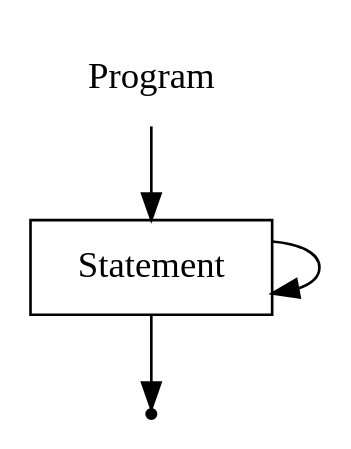
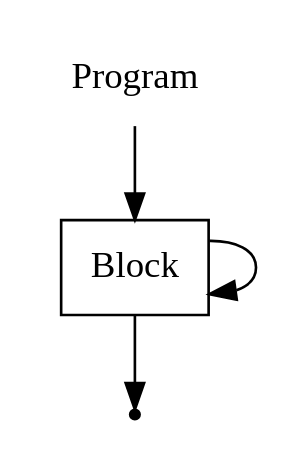
Before and after one commit to EgorGoluzin/DSL: the diagram in DSLTools/examples/RBNFEXPRESSIONSTESTRULES/wirth/Program.gv, drawn with Graphviz. The commit also changed 22 other files, not shown here.

```diff
--- a/DSLTools/examples/RBNFEXPRESSIONSTESTRULES/wirth/Program.gv
+++ b/DSLTools/examples/RBNFEXPRESSIONSTESTRULES/wirth/Program.gv
@@ -1,8 +1,8 @@
 digraph Program {
   start [label="Program" shape=plaintext];
-  A [label="Statement" shape=box];
+  A [label="Block" shape=box];
   end [label="" shape=point];
   start -> A;
   A -> A;
   A -> end;
 }
```
